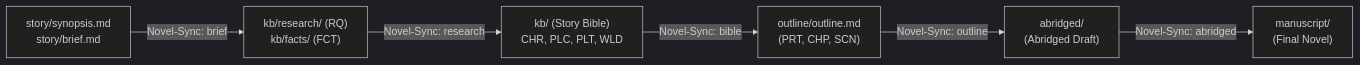
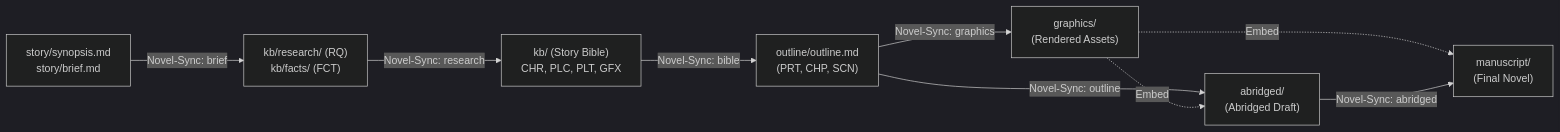
Before and after one commit to junov/SpecNovelist: the fourth of 4 diagrams in README.md, drawn with Mermaid (dark theme). The commit also changed other lines of this file and 6 other files, not shown here.

Commit message:
feat: add graphics sync stage with per-asset DAG sync tracking

````diff
--- a/README.md
+++ b/README.md
@@ -348,8 +349,11 @@
 ```mermaid
 flowchart LR
     A["story/synopsis.md\nstory/brief.md"] -->|Novel-Sync: brief| B["kb/research/ (RQ)\nkb/facts/ (FCT)"]
-    B -->|Novel-Sync: research| C["kb/ (Story Bible)\nCHR, PLC, PLT, WLD"]
+    B -->|Novel-Sync: research| C["kb/ (Story Bible)\nCHR, PLC, PLT, GFX"]
     C -->|Novel-Sync: bible| D["outline/outline.md\n(PRT, CHP, SCN)"]
+    D -->|Novel-Sync: graphics| G["graphics/\n(Rendered Assets)"]
     D -->|Novel-Sync: outline| E["abridged/\n(Abridged Draft)"]
+    G -.->|Embed| E
+    G -.->|Embed| F
     E -->|Novel-Sync: abridged| F["manuscript/\n(Final Novel)"]
 ```
````
